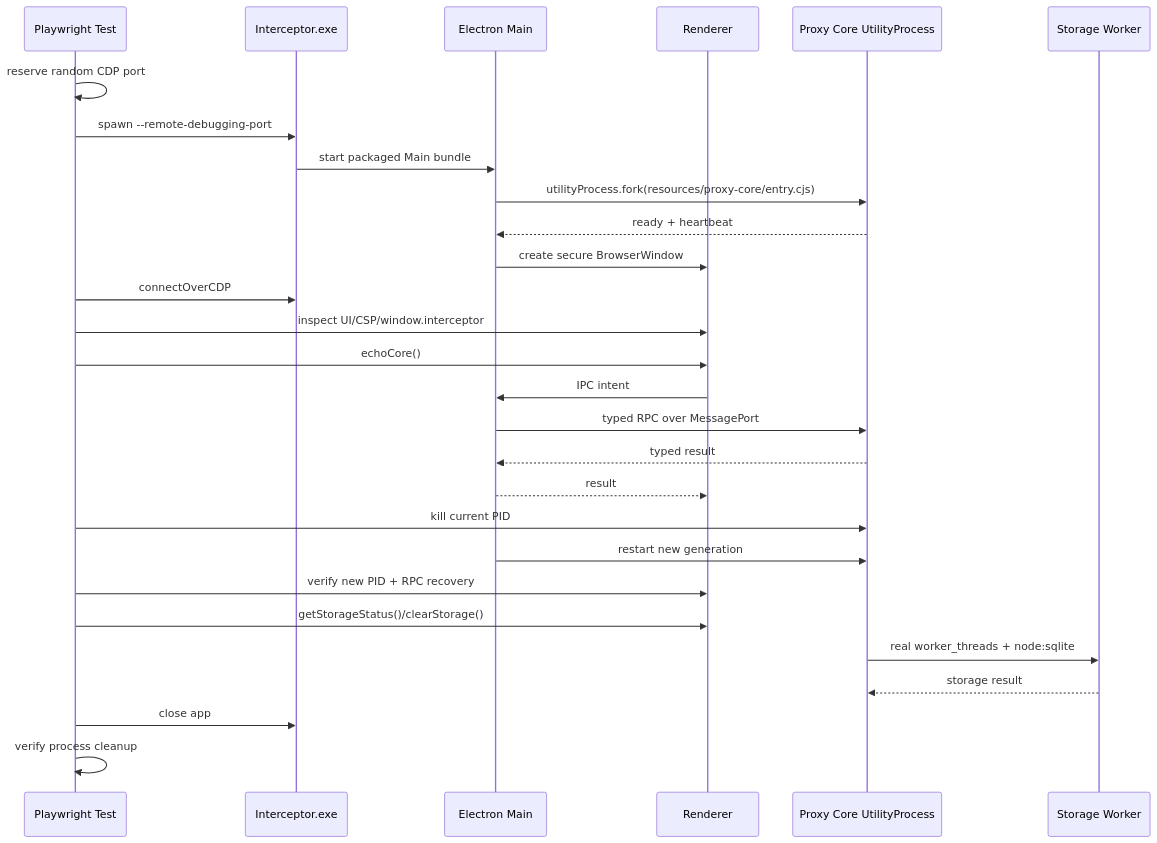
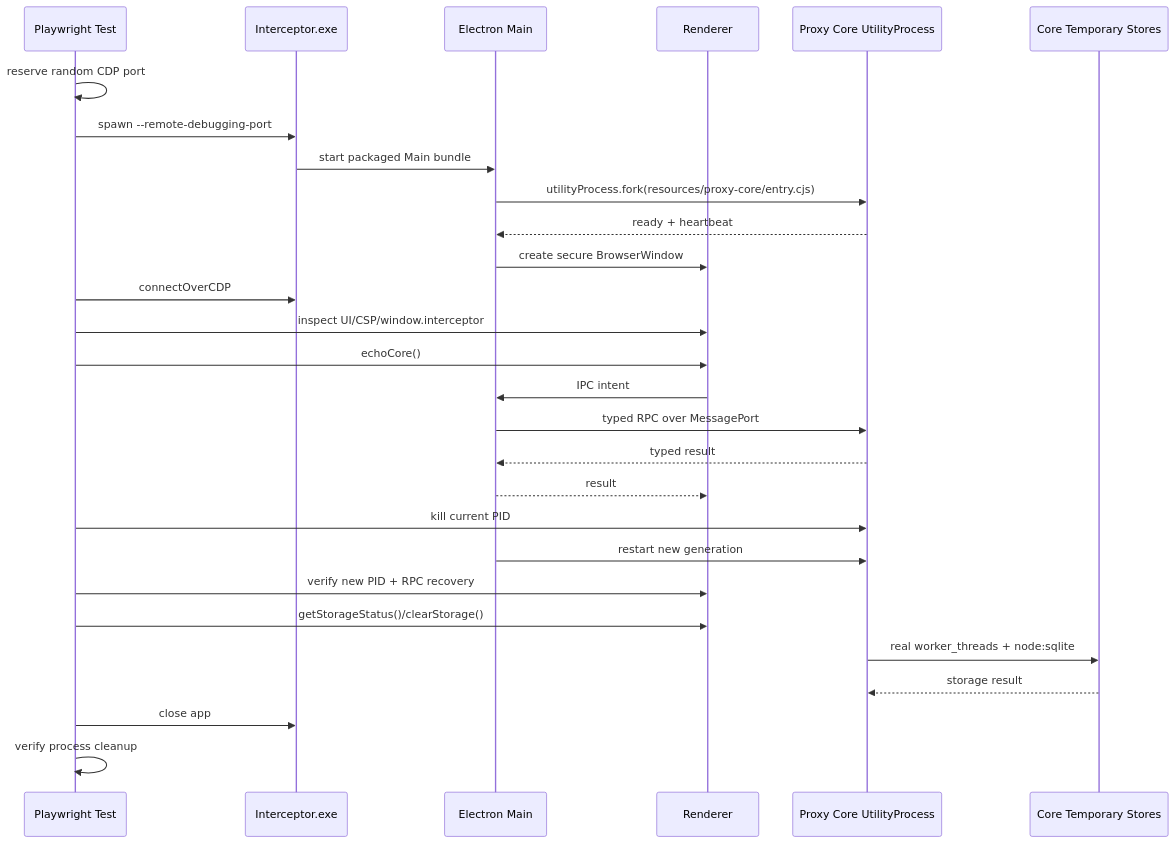
Before and after one commit to zhxmt-xm/Interceptor: the diagram in apps/desktop/tests/packaged-smoke/README.md, drawn with Mermaid. The commit also changed other lines of this file and 68 other files, not shown here.

````diff
--- a/apps/desktop/tests/packaged-smoke/README.md
+++ b/apps/desktop/tests/packaged-smoke/README.md
@@ -95,31 +95,31 @@
 ```mermaid
 sequenceDiagram
     participant T as Playwright Test
     participant E as Interceptor.exe
     participant M as Electron Main
     participant R as Renderer
     participant C as Proxy Core UtilityProcess
-    participant S as Storage Worker
+    participant S as Core Temporary Stores
 
     T->>T: reserve random CDP port
     T->>E: spawn --remote-debugging-port
     E->>M: start packaged Main bundle
     M->>C: utilityProcess.fork(resources/proxy-core/entry.cjs)
     C-->>M: ready + heartbeat
     M->>R: create secure BrowserWindow
     T->>E: connectOverCDP
     T->>R: inspect UI/CSP/window.interceptor
     T->>R: echoCore()
     R->>M: IPC intent
     M->>C: typed RPC over MessagePort
     C-->>M: typed result
     M-->>R: result
     T->>C: kill current PID
     M->>C: restart new generation
     T->>R: verify new PID + RPC recovery
     T->>R: getStorageStatus()/clearStorage()
     C->>S: real worker_threads + node:sqlite
     S-->>C: storage result
     T->>E: close app
     T->>T: verify process cleanup
 ```
````
